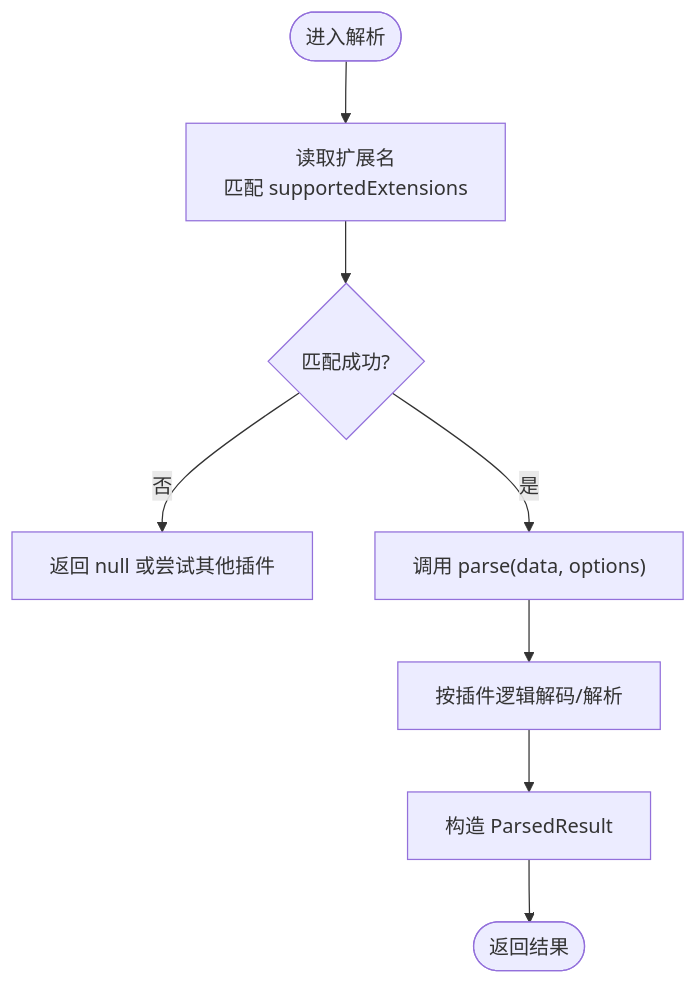
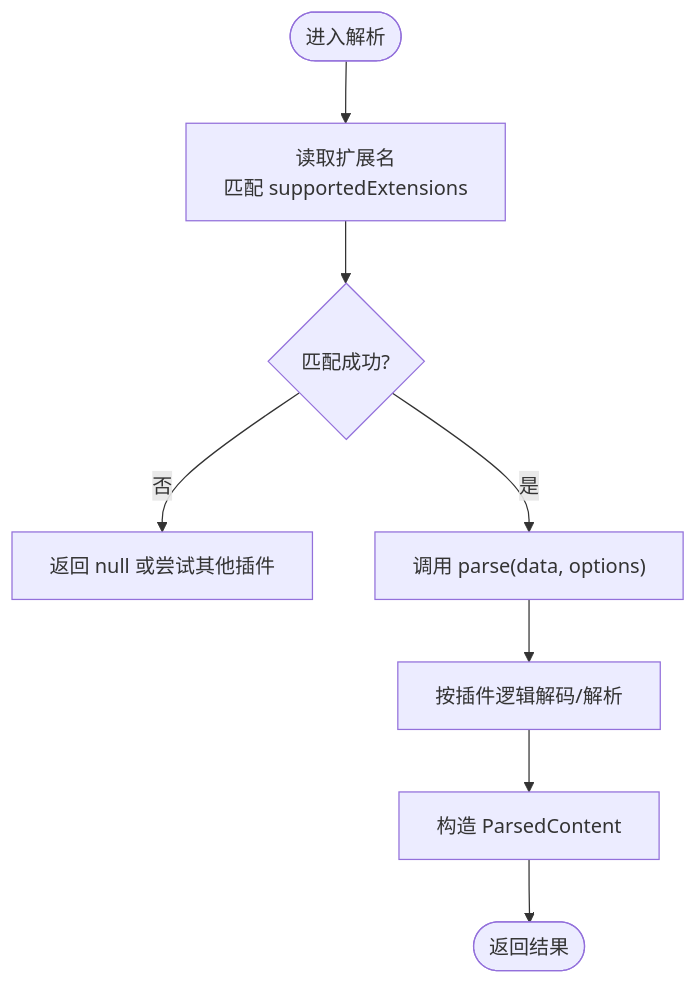
The fourth of 6 diagrams in .qoder/repowiki/zh/content/组合式 API/插件管理 (usePlugins).md (taoweidong/Hello-Tauri), drawn with Mermaid before and after one commit. The commit also changed other lines of this file and 67 other files, not shown here.

````diff
--- a/.qoder/repowiki/zh/content/组合式 API/插件管理 (usePlugins).md
+++ b/.qoder/repowiki/zh/content/组合式 API/插件管理 (usePlugins).md
@@ -262,10 +292,10 @@
 ```mermaid
 flowchart TD
 Start(["进入解析"]) --> ReadExt["读取扩展名<br/>匹配 supportedExtensions"]
 ReadExt --> Match{"匹配成功?"}
 Match -- "否" --> Fallback["返回 null 或尝试其他插件"]
 Match -- "是" --> CallParse["调用 parse(data, options)"]
 CallParse --> Decode["按插件逻辑解码/解析"]
-Decode --> BuildResult["构造 ParsedResult"]
+Decode --> BuildResult["构造 ParsedContent"]
 BuildResult --> Return(["返回结果"])
 ```
````
